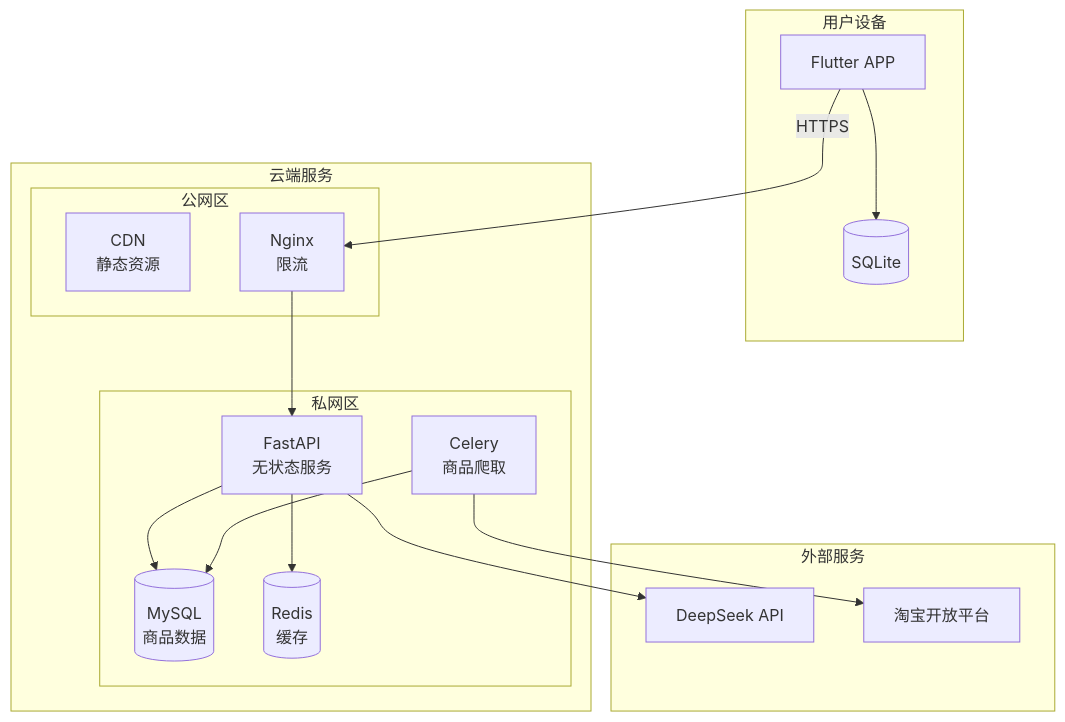
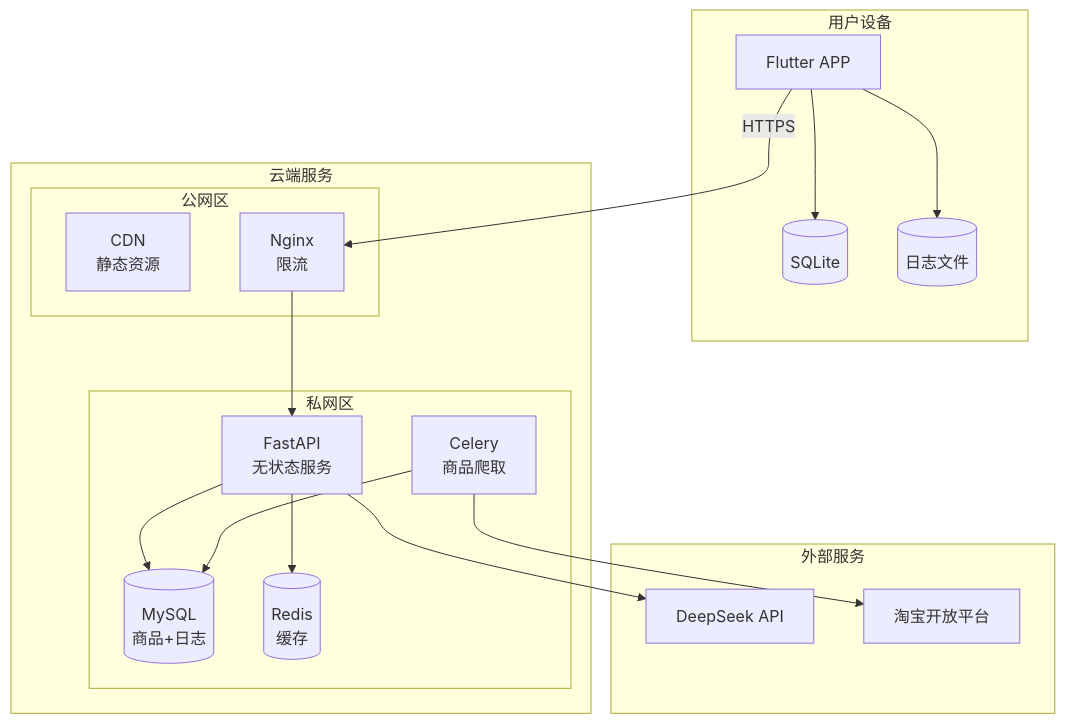
Before and after one commit to Blanceone/smart-home: the seventh of 7 diagrams in docs/ARCH/ARCHITECTURE.md, drawn with Mermaid. The commit also changed other lines of this file and 49 other files, not shown here.

````diff
--- a/docs/ARCH/ARCHITECTURE.md
+++ b/docs/ARCH/ARCHITECTURE.md
@@ -402,35 +485,37 @@
 ```mermaid
 flowchart TB
     subgraph Client["用户设备"]
         APP["Flutter APP"]
         SQLite[(SQLite)]
+        LogFile[(日志文件)]
     end
 
     subgraph Cloud["云端服务"]
         subgraph Public["公网区"]
             CDN["CDN\n静态资源"]
             NGINX["Nginx\n限流"]
         end
         
         subgraph Private["私网区"]
             API["FastAPI\n无状态服务"]
             Celery["Celery\n商品爬取"]
-            MySQL[(MySQL\n商品数据)]
+            MySQL[(MySQL\n商品+日志)]
             Redis[(Redis\n缓存)]
         end
     end
 
     subgraph External["外部服务"]
         DeepSeek["DeepSeek API"]
         Taobao["淘宝开放平台"]
     end
 
     APP -->|"HTTPS"| NGINX
     APP --> SQLite
+    APP --> LogFile
     NGINX --> API
     API --> DeepSeek
     API --> MySQL
     API --> Redis
     Celery --> Taobao
     Celery --> MySQL
 ```
````
